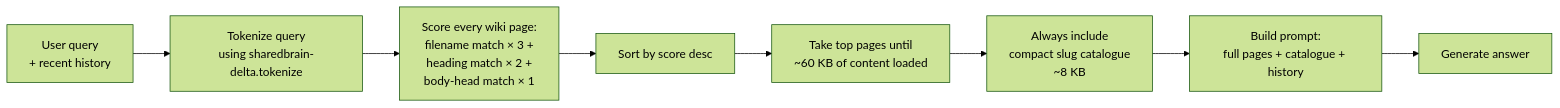
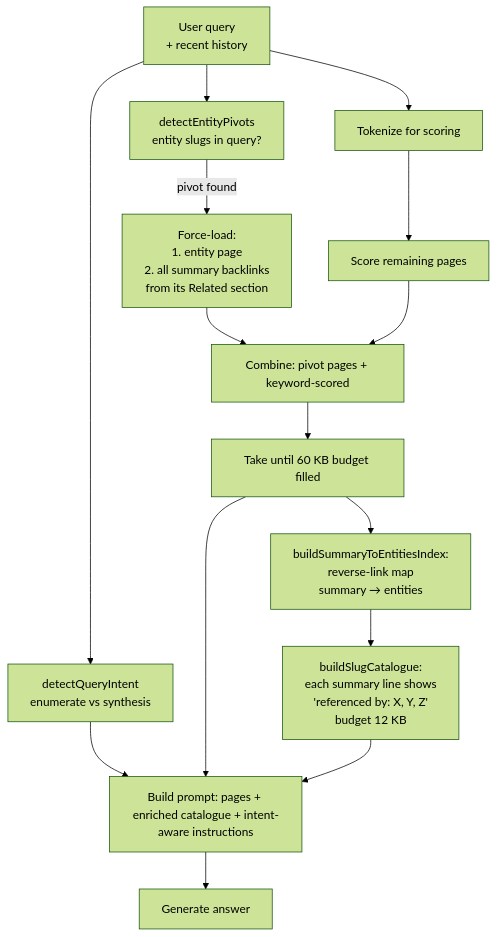
One commit to talirezun/the-curator changed the sixth of 6 diagrams in docs/ingestion-pipeline.md. Above: the diagram before and after it, drawn with Mermaid (forest theme). The commit also changed other lines of this file and 7 other files, not shown here.

````diff
--- a/docs/ingestion-pipeline.md
+++ b/docs/ingestion-pipeline.md
@@ -443,10 +463,22 @@
 ```mermaid
-flowchart LR
-    Q[User query<br/>+ recent history] --> T[Tokenize query<br/>using sharedbrain-delta.tokenize]
-    T --> S[Score every wiki page:<br/>filename match × 3 +<br/>heading match × 2 +<br/>body-head match × 1]
-    S --> SORT[Sort by score desc]
-    SORT --> BUDGET[Take top pages until<br/>~60 KB of content loaded]
-    BUDGET --> CAT[Always include<br/>compact slug catalogue<br/>~8 KB]
-    CAT --> PROMPT[Build prompt:<br/>full pages + catalogue + history]
+flowchart TD
+    Q[User query<br/>+ recent history] --> IT[detectQueryIntent<br/>enumerate vs synthesis]
+    Q --> P[detectEntityPivots<br/>entity slugs in query?]
+    Q --> T[Tokenize for scoring]
+
+    P -- pivot found --> PR[Force-load:<br/>1. entity page<br/>2. all summary backlinks<br/>from its Related section]
+    PR --> COMB[Combine: pivot pages + keyword-scored]
+    T --> S[Score remaining pages]
+    S --> COMB
+    COMB --> BUDGET[Take until 60 KB budget filled]
+
+    IT --> PROMPT
+    BUDGET --> PROMPT
+
+    BUDGET --> IDX[buildSummaryToEntitiesIndex:<br/>reverse-link map<br/>summary → entities]
+    IDX --> CAT[buildSlugCatalogue:<br/>each summary line shows<br/>'referenced by: X, Y, Z'<br/>budget 12 KB]
+    CAT --> PROMPT
+
+    PROMPT[Build prompt: pages + enriched catalogue + intent-aware instructions]
     PROMPT --> LLM[Generate answer]
 ```
````
